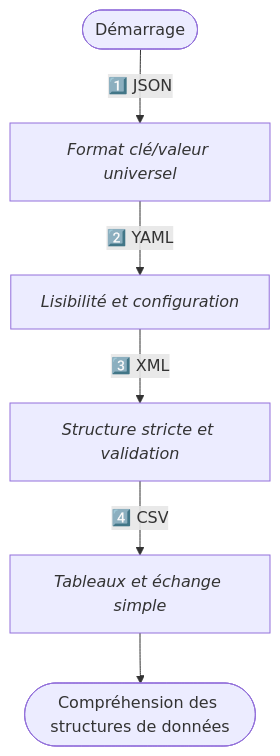
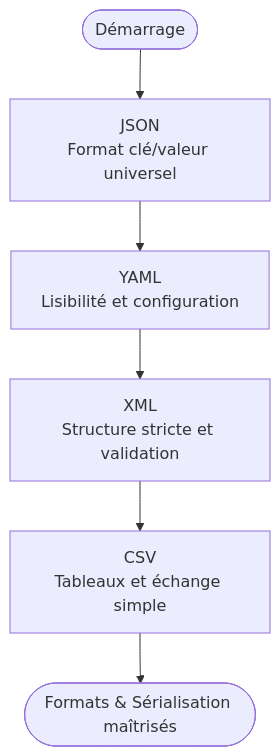
Before and after one commit to zyrass/omnydocs: the diagram in docs/bases/formats-serialisation/index.md, drawn with Mermaid. The commit also changed other lines of this file and 134 other files, not shown here.

````diff
--- a/docs/bases/formats-serialisation/index.md
+++ b/docs/bases/formats-serialisation/index.md
@@ -77,8 +75,13 @@
 ```mermaid
-graph TB
-    Start([Démarrage]) -->|1️⃣ JSON| JSON["<i>Format clé/valeur universel</i>"]
-    JSON -->|2️⃣ YAML| YAML["<i>Lisibilité et configuration</i>"]
-    YAML -->|3️⃣ XML| XML["<i>Structure stricte et validation</i>"]
-    XML -->|4️⃣ CSV| CSV["<i>Tableaux et échange simple</i>"]
-    CSV --> End([Compréhension des structures de données])
+flowchart TB
+  Start(["Démarrage"])
+
+  JSON["JSON<br/>Format clé/valeur universel"]
+  YAML["YAML<br/>Lisibilité et configuration"]
+  XML["XML<br/>Structure stricte et validation"]
+  CSV["CSV<br/>Tableaux et échange simple"]
+
+  End(["Formats & Sérialisation maîtrisés"])
+
+  Start --> JSON --> YAML --> XML --> CSV --> End
 ```
````
